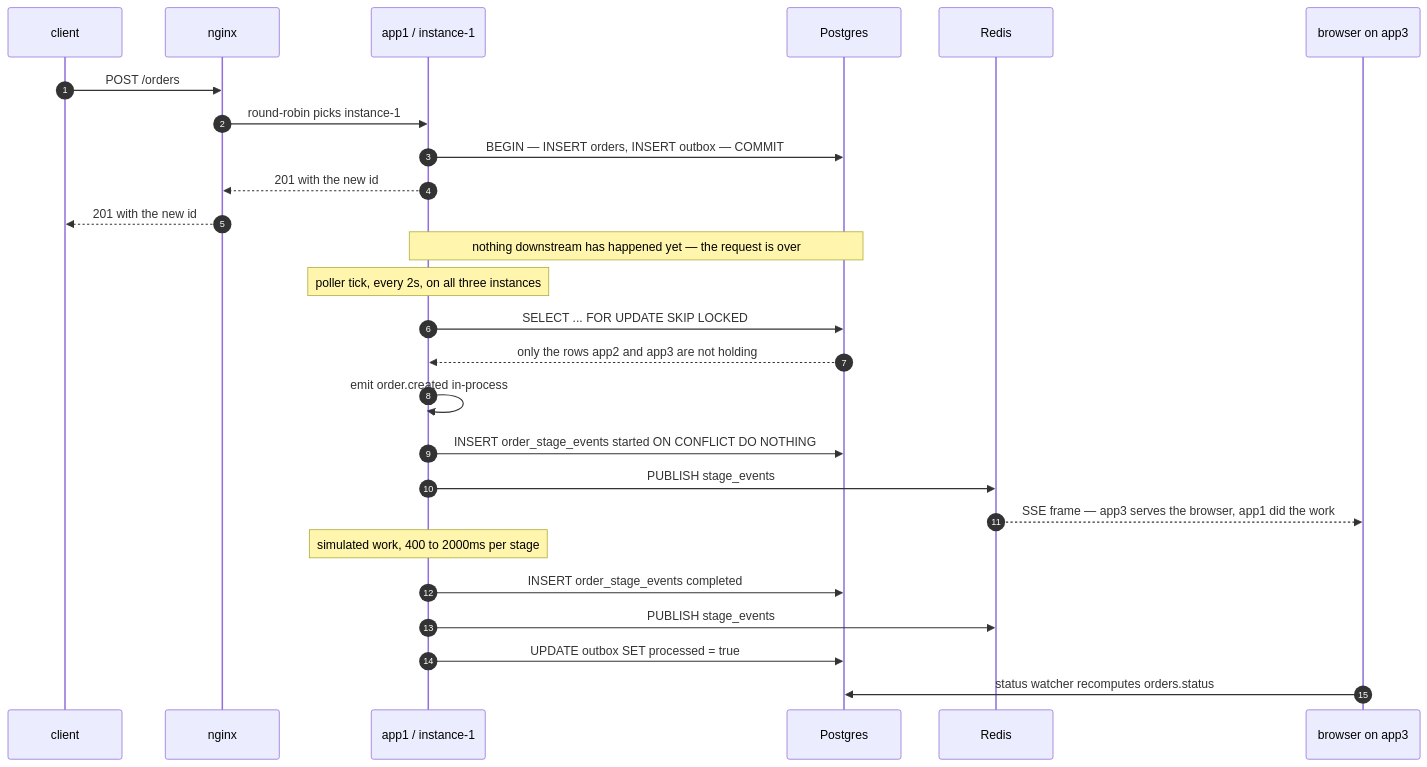
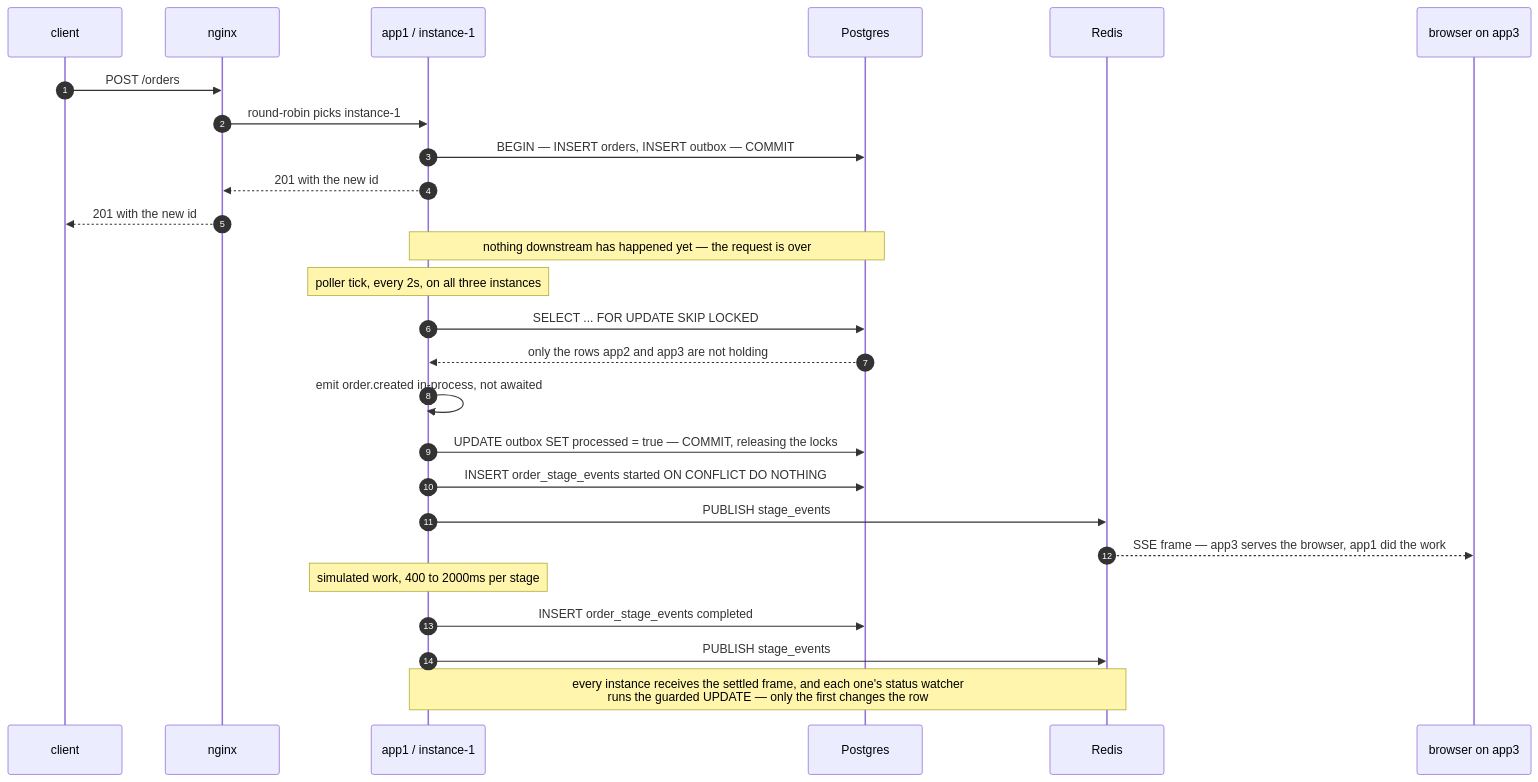
Before and after one commit to Mootaz12/order-outbox-lab: the second of 6 diagrams in README.md, drawn with Mermaid. The commit also changed other lines of this file and 51 other files, not shown here.

Commit message:
Add JSDoc, per-feature tests and READMEs, and architecture docs

````diff
--- a/README.md
+++ b/README.md
@@ -64,30 +76,30 @@
 ```mermaid
 sequenceDiagram
     autonumber
     participant C as client
     participant N as nginx
     participant A as app1 / instance-1
     participant P as Postgres
     participant R as Redis
     participant B as browser on app3
 
     C->>N: POST /orders
     N->>A: round-robin picks instance-1
     A->>P: BEGIN — INSERT orders, INSERT outbox — COMMIT
     A-->>N: 201 with the new id
     N-->>C: 201 with the new id
     Note over A,P: nothing downstream has happened yet — the request is over
 
     Note over A: poller tick, every 2s, on all three instances
     A->>P: SELECT ... FOR UPDATE SKIP LOCKED
     P-->>A: only the rows app2 and app3 are not holding
-    A->>A: emit order.created in-process
+    A->>A: emit order.created in-process, not awaited
+    A->>P: UPDATE outbox SET processed = true — COMMIT, releasing the locks
     A->>P: INSERT order_stage_events started ON CONFLICT DO NOTHING
     A->>R: PUBLISH stage_events
     R-->>B: SSE frame — app3 serves the browser, app1 did the work
     Note over A: simulated work, 400 to 2000ms per stage
     A->>P: INSERT order_stage_events completed
     A->>R: PUBLISH stage_events
-    A->>P: UPDATE outbox SET processed = true
-    B->>P: status watcher recomputes orders.status
+    Note over A,R: every instance receives the settled frame, and each one's status watcher<br/>runs the guarded UPDATE — only the first changes the row
 ```
````
